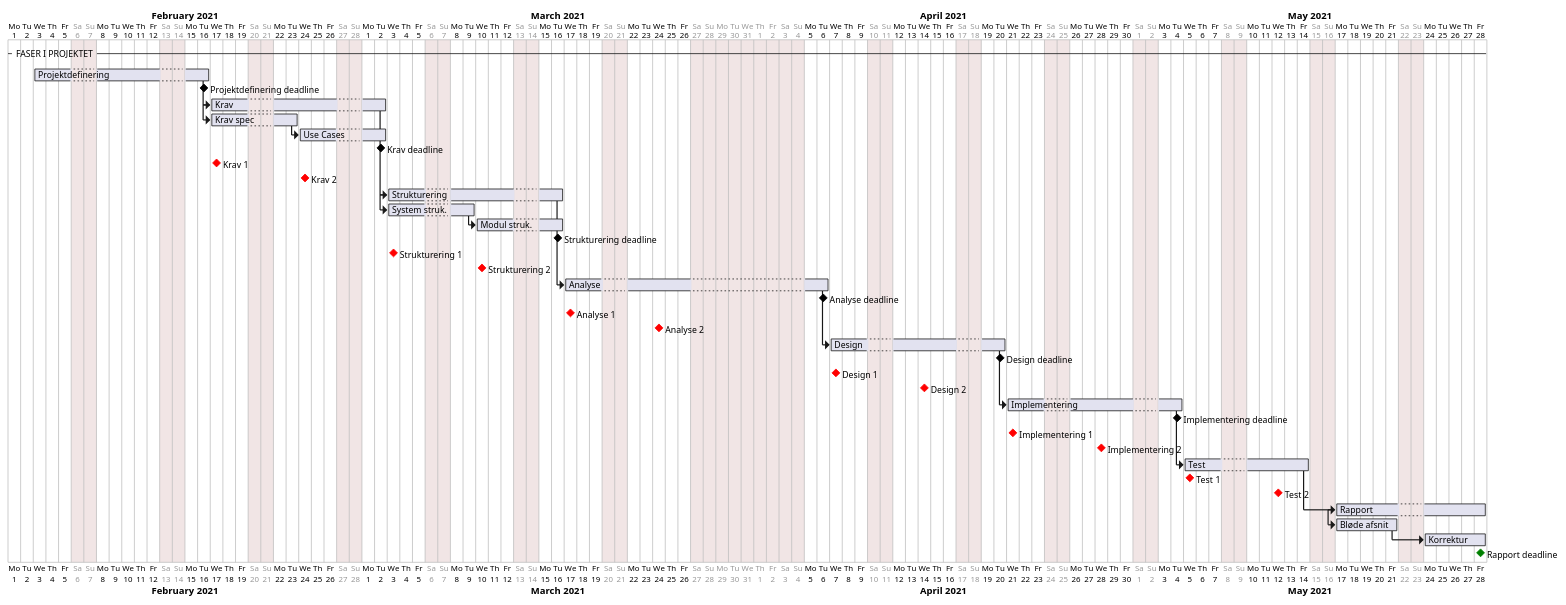
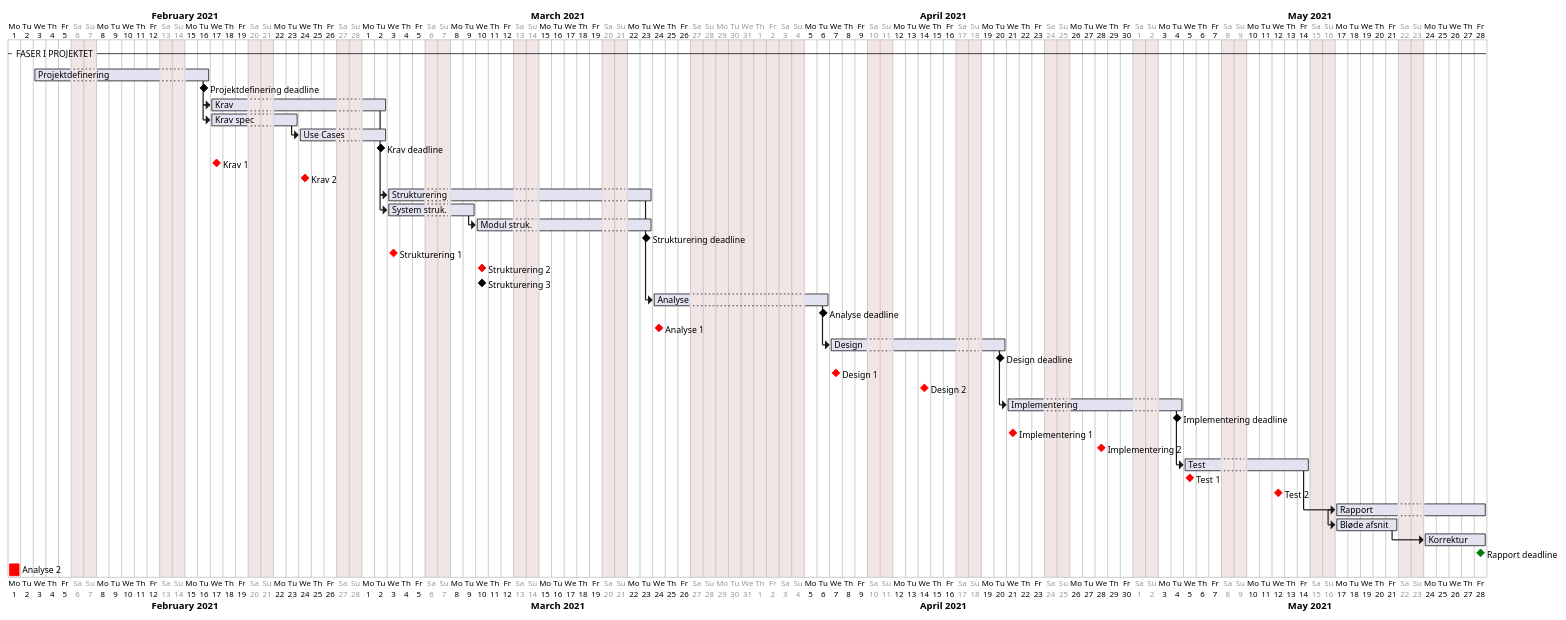
The diagram in Planing/timeline.puml (Solvgraa-mager/E4PRJ4), drawn with PlantUML before and after one commit.

Commit message:
Tidsplan opdateret

```diff
--- a/Planing/timeline.puml
+++ b/Planing/timeline.puml
@@ -1,93 +1,94 @@
 @startgantt
 project starts the 2021/02/01
 
 saturday are closed
 sunday are closed
 2021/03/29 to 2021/04/04 are closed 
 
 
 -- FASER I PROJEKTET --
 
 [Projektdefinering] as [Projektdefinering] starts 2021/02/03 and lasts 10 days
 [Projektdefinering deadline] happens at [Projektdefinering]'s end
 
 '##### Krav ##### 
 [Krav] as [Krav] starts at [Projektdefinering]'s end and lasts 10 days
 [Krav spec] starts at [Krav]'s start and lasts 5 days 
 [Use Cases] starts at [Krav spec]'s end and lasts 5 days 
 [Krav deadline] happens at [Krav]'s end
 
 'Møder omkr. Krav
 [Krav 1] happens at [Krav]'s start
 [Krav 2] happens 7 days after [Krav]'s start
 
 '##### Strukturering #####
-[Strukturering] as [Strukturering] starts at [Krav]'s end and lasts 10 days
+[Strukturering] as [Strukturering] starts at [Krav]'s end and lasts 15 days
 [System struk.] lasts 5 days and starts at [Strukturering]'s start
-[Modul struk.] lasts 5 days and starts at [System struk.]'s end 
+[Modul struk.] lasts 10 days and starts at [System struk.]'s end 
 [Strukturering deadline] happens at [Strukturering]'s end
 
 'Møder omkring Strukturering
 [Strukturering 1] happens at [Strukturering]'s start
 [Strukturering 2] happens 7 days after [Strukturering]'s start
+[Strukturering 3] happens 7 days after [Strukturering]'s start
+
 
 '##### Analyse #####
-[Analyse] as [Analyse] starts at [Strukturering]'s end and lasts 10 days
+[Analyse] as [Analyse] starts at [Strukturering]'s end and lasts 5 days
 [Analyse deadline] happens at [Analyse]'s end
 
 'Møder omkring Analyse
 [Analyse 1] happens at [Analyse]'s start
-[Analyse 2] happens 7 days after [Analyse]'s start
 
 '##### Design #####
 [Design] as [Design] starts at [Analyse]'s end and lasts 10 days
 [Design deadline] happens at [Design]'s end
 
 'Møder omkring Design
 [Design 1] happens at [Design]'s start
 [Design 2] happens 7 days after [Design]'s start
 
 '##### Implementering #####
 
 [Implementering] as [Implementering] starts at [Design]'s end and lasts 10 days
 [Implementering deadline] happens at [Implementering]'s end
 
 'Møder omkring implementering
 [Implementering 1] happens at [Implementering]'s start
 [Implementering 2] happens 7 days after [Implementering]'s start
  
  '##### Test #####
 [Test] starts at [Implementering]'s end and lasts 8 days
 
 'Møder omkring test
 [Test 1] happens at [Test]'s start
 [Test 2] happens 7 days after [Test]'s start
  
  '##### Rapport #####
 [Rapport] as [Rapport] starts at [Test]'s end and lasts 10 days
 [Bløde afsnit] as [BA] starts at [Rapport]'s start and lasts 5 days
 [Korrektur] starts at [BA]'s end and lasts 5 days
 [Rapport deadline] happens at 2021/05/28
 
 [Krav 1] is colored in Red
 [Krav 2] is colored in Red
 
 [Strukturering 1] is colored in Red
 [Strukturering 2] is colored in Red
 
 [Analyse 1] is colored in Red
 [Analyse 2] is colored in Red
 
 [Design 1] is colored in Red
 [Design 2] is colored in Red
 
 [Implementering 1] is colored in Red
 [Implementering 2] is colored in Red
 
 [Test 1] is colored in Red
 [Test 2] is colored in Red
 
 [Rapport deadline] is colored in Green
 
 
 @endgantt
```
